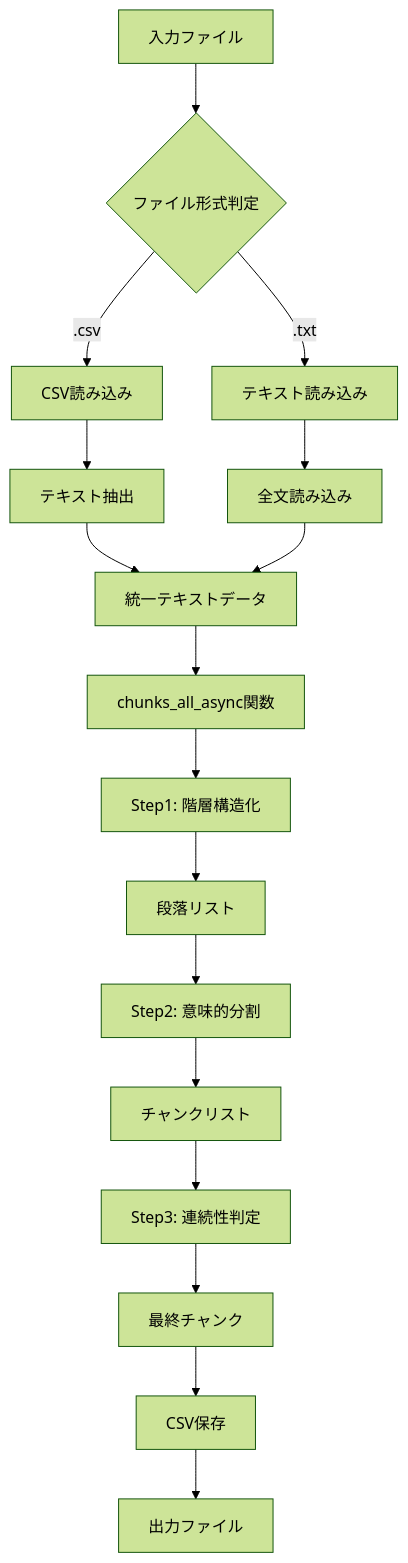
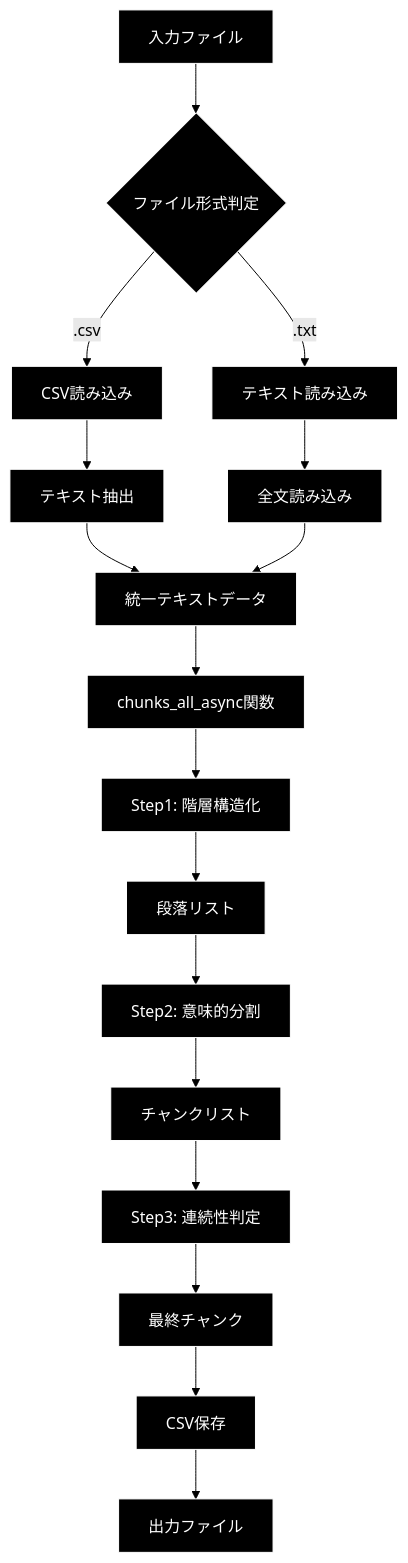
The second of 7 diagrams in chunking/doc/csv_text_to_chunks_text_csv.md (nakashima2toshio/ollama_grace_agent_v2), drawn with Mermaid (forest theme) before and after one commit. The commit also changed other lines of this file and 13 other files, not shown here.

````diff
--- a/chunking/doc/csv_text_to_chunks_text_csv.md
+++ b/chunking/doc/csv_text_to_chunks_text_csv.md
@@ -118,26 +127,29 @@
 ```mermaid
 graph TB
     A[入力ファイル] --> B{ファイル形式判定}
     B -->|.csv| C[CSV読み込み]
     B -->|.txt| D[テキスト読み込み]
 
     C --> E[テキスト抽出]
     D --> F[全文読み込み]
 
     E --> G[統一テキストデータ]
     F --> G
 
     G --> H[chunks_all_async関数]
 
     H --> I[Step1: 階層構造化]
     I --> J[段落リスト]
 
     J --> K[Step2: 意味的分割]
     K --> L[チャンクリスト]
 
     L --> M[Step3: 連続性判定]
     M --> N[最終チャンク]
 
     N --> O[CSV保存]
     O --> P[出力ファイル]
+classDef default fill:#000,stroke:#fff,color:#fff
+classDef subgraphStyle fill:#1a1a1a,stroke:#fff,color:#fff
+class A,B,C,D,E,F,G,H,I,J,K,L,M,N,O,P default
 ```
````
